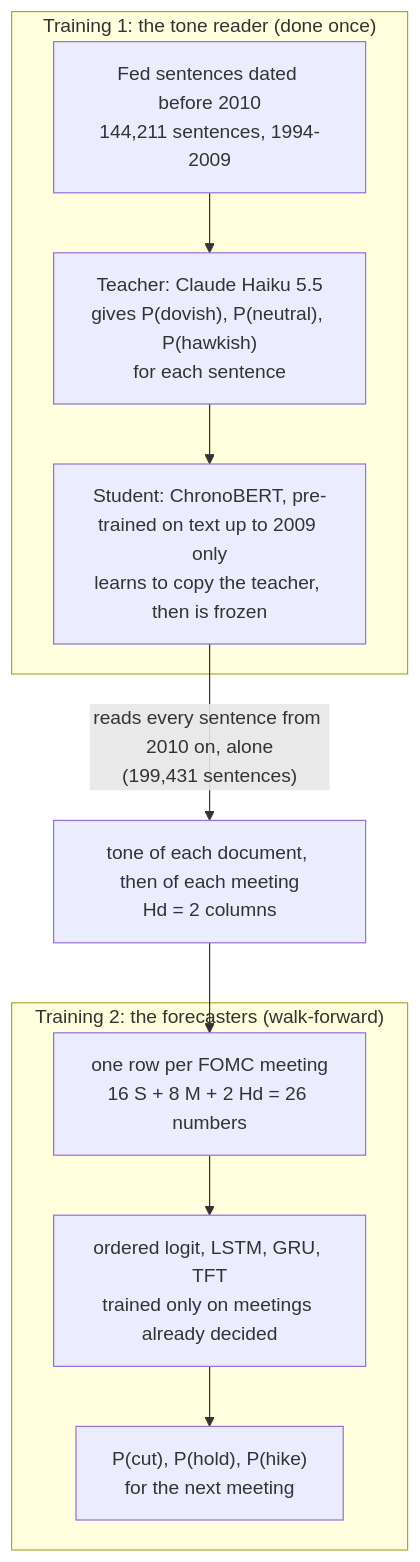
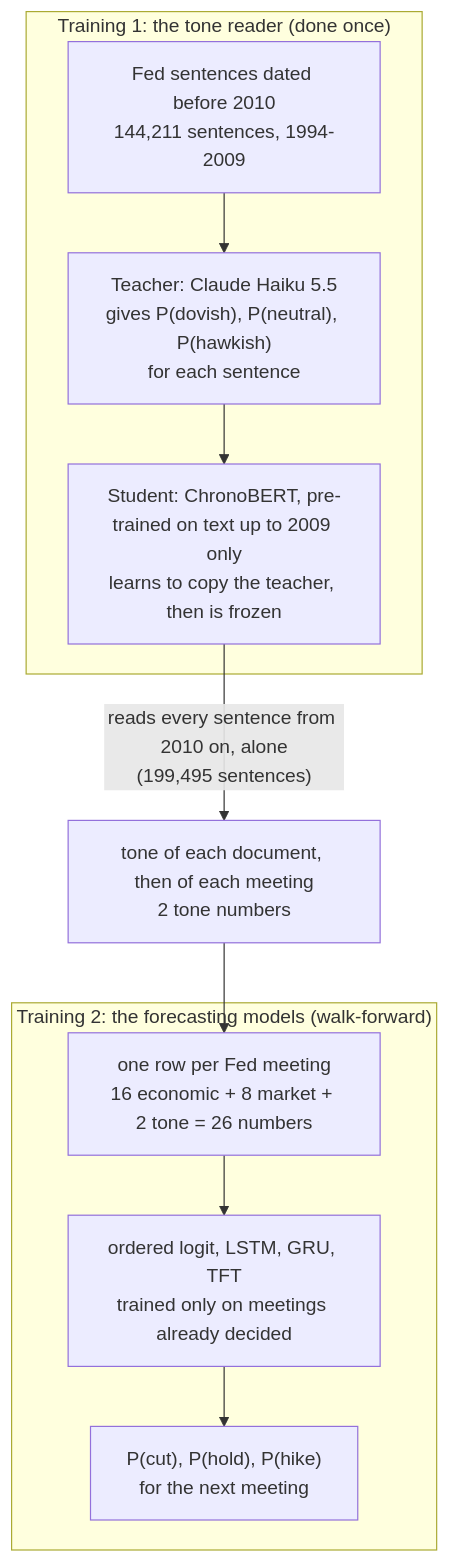
Before and after one commit to punnatorn1/distilled-tone-split-doctype: the diagram in README.md, drawn with Mermaid. The commit also changed other lines of this file and 3 other files, not shown here.

````diff
--- a/README.md
+++ b/README.md
@@ -236,13 +247,13 @@
 ```mermaid
 flowchart TB
     subgraph T1["Training 1: the tone reader (done once)"]
         A["Fed sentences dated before 2010<br/>144,211 sentences, 1994-2009"] --> B["Teacher: Claude Haiku 5.5<br/>gives P(dovish), P(neutral), P(hawkish)<br/>for each sentence"]
         B --> C["Student: ChronoBERT, pre-trained on text up to 2009 only<br/>learns to copy the teacher, then is frozen"]
     end
-    C -->|"reads every sentence from 2010 on, alone<br/>(199,431 sentences)"| G["tone of each document, then of each meeting<br/>Hd = 2 columns"]
-    subgraph T2["Training 2: the forecasters (walk-forward)"]
-        D["one row per FOMC meeting<br/>16 S + 8 M + 2 Hd = 26 numbers"] --> E["ordered logit, LSTM, GRU, TFT<br/>trained only on meetings already decided"]
+    C -->|"reads every sentence from 2010 on, alone<br/>(199,495 sentences)"| G["tone of each document, then of each meeting<br/>2 tone numbers"]
+    subgraph T2["Training 2: the forecasting models (walk-forward)"]
+        D["one row per Fed meeting<br/>16 economic + 8 market + 2 tone = 26 numbers"] --> E["ordered logit, LSTM, GRU, TFT<br/>trained only on meetings already decided"]
         E --> F["P(cut), P(hold), P(hike)<br/>for the next meeting"]
     end
     G --> D
 ```
````
